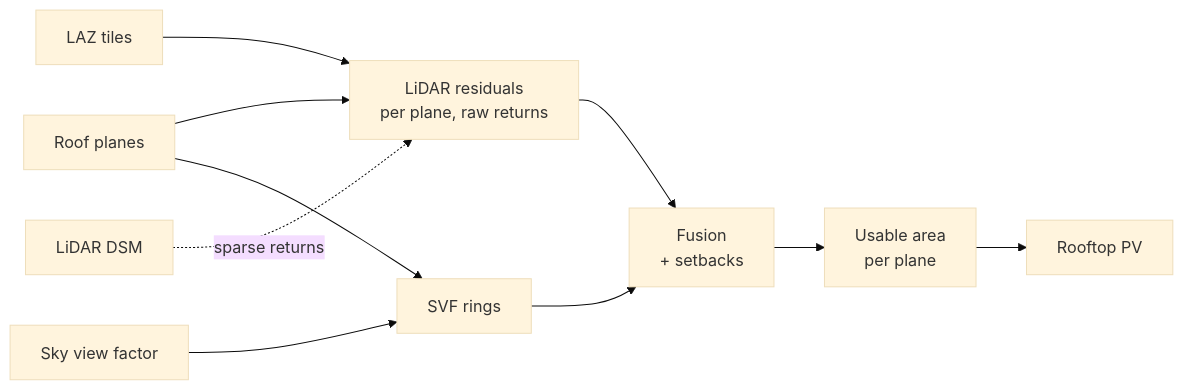
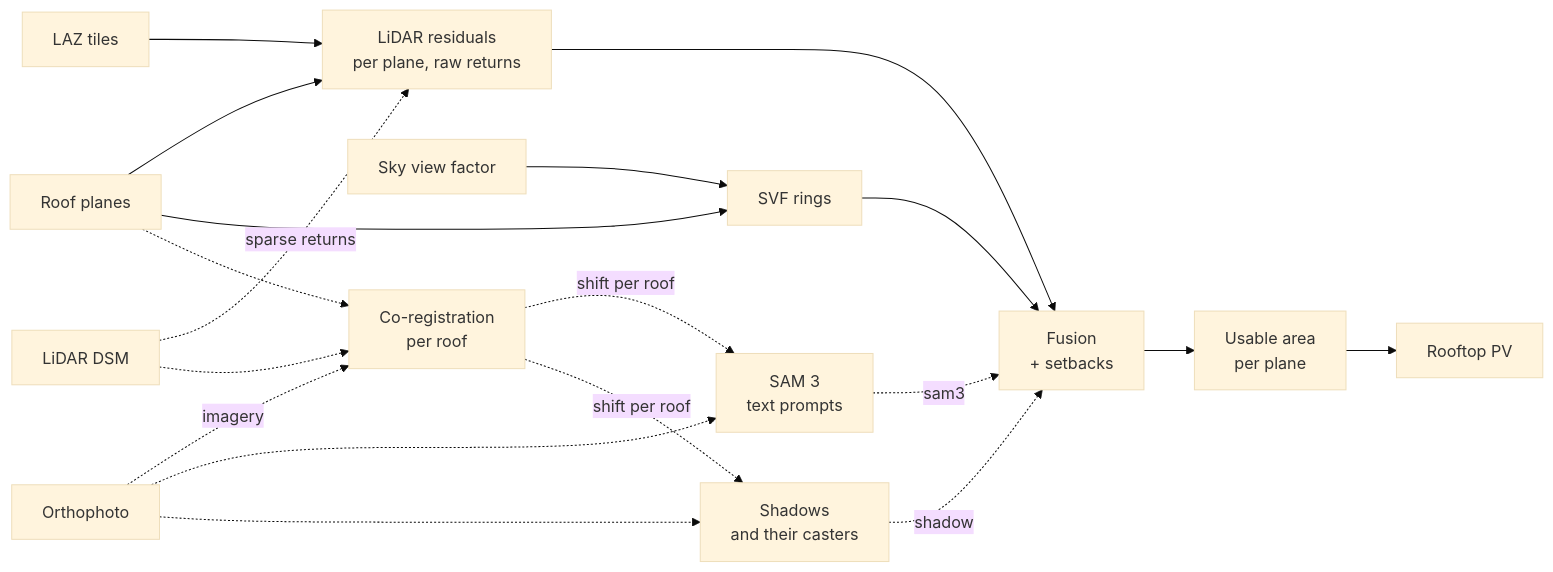
The diagram in docs/roof_obstacles.md (BeeGroup-cimne/greenshadow), drawn with Mermaid (base theme) before and after one commit. The commit also changed other lines of this file and 30 other files, not shown here.

First line of the commit message:
Roof imagery: orthophoto, SAM 3, shadows and terraces (1.1.0)

````diff
--- a/docs/roof_obstacles.md
+++ b/docs/roof_obstacles.md
@@ -25,12 +48,21 @@
 ```mermaid
 flowchart LR
     P[Roof planes] --> L[LiDAR residuals<br/>per plane, raw returns]
     Z[LAZ tiles] --> L
     D[LiDAR DSM] -. sparse returns .-> L
     S[Sky view factor] --> V[SVF rings]
     P --> V
     L --> F[Fusion<br/>+ setbacks]
     V --> F
     F --> U[Usable area<br/>per plane]
     U --> PV[Rooftop PV]
+    O[Orthophoto] -. imagery .-> C[Co-registration<br/>per roof]
+    P -.-> C
+    D -.-> C
+    C -. shift per roof .-> M[SAM 3<br/>text prompts]
+    O -.-> M
+    M -. sam3 .-> F
+    C -. shift per roof .-> H[Shadows<br/>and their casters]
+    O -.-> H
+    H -. shadow .-> F
 ```
````
